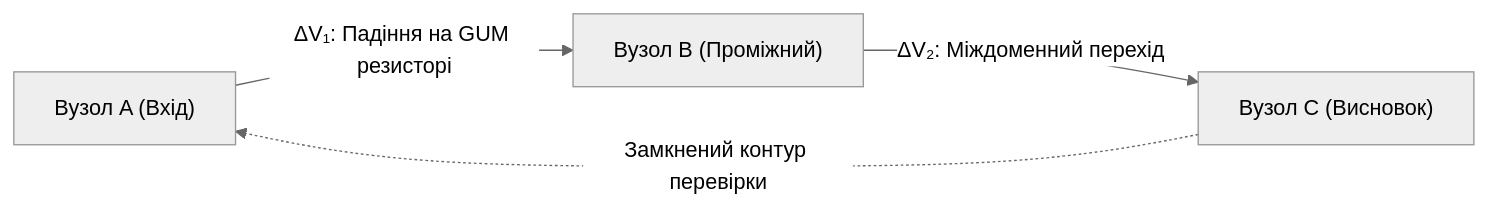
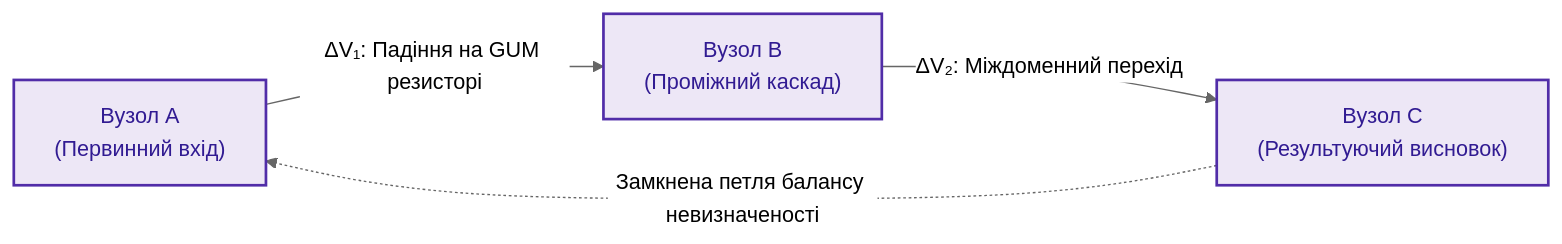
One commit to nick-fedchik/articles changed the second of 2 diagrams in Epistemic_Circuit_Theory/ch03-fedchyk-conservation-laws.md. Above: the diagram before and after it, drawn with Mermaid (neutral theme). The commit also changed other lines of this file and 8 other files, not shown here.

Commit message:
fix(Epistemic_Circuit_Theory): validate and fix GitHub GFM MathJax, Mermaid diagrams, tables, and style invariants

````diff
--- a/Epistemic_Circuit_Theory/ch03-fedchyk-conservation-laws.md
+++ b/Epistemic_Circuit_Theory/ch03-fedchyk-conservation-laws.md
@@ -52,6 +67,12 @@
 ```mermaid
 flowchart LR
-    NodeA["Вузол A (Вхід)"] -->|ΔV₁: Падіння на GUM резисторі| NodeB["Вузол B (Проміжний)"]
-    NodeB -->|ΔV₂: Міждоменний перехід| NodeC["Вузол C (Висновок)"]
-    NodeC -.->|Замкнений контур перевірки| NodeA
+    accTitle: Другий закон Федчика про падіння потенціалу достовірності у замкненій петлі
+    accDescr: Послідовне накопичення метрологічної невизначеності ΔV на кожній ділянці ланцюга виведення від входу до висновку.
+
+    NodeA["Вузол A\n(Первинний вхід)"] -->|"ΔV₁: Падіння на GUM резисторі"| NodeB["Вузол B\n(Проміжний каскад)"]
+    NodeB -->|"ΔV₂: Міждоменний перехід"| NodeC["Вузол C\n(Результуючий висновок)"]
+    NodeC -.->|"Замкнена петля балансу невизначеності"| NodeA
+
+    classDef stepStyle fill:#ede7f6,stroke:#512da8,stroke-width:2px,color:#311b92;
+    class NodeA,NodeB,NodeC stepStyle;
 ```
````
